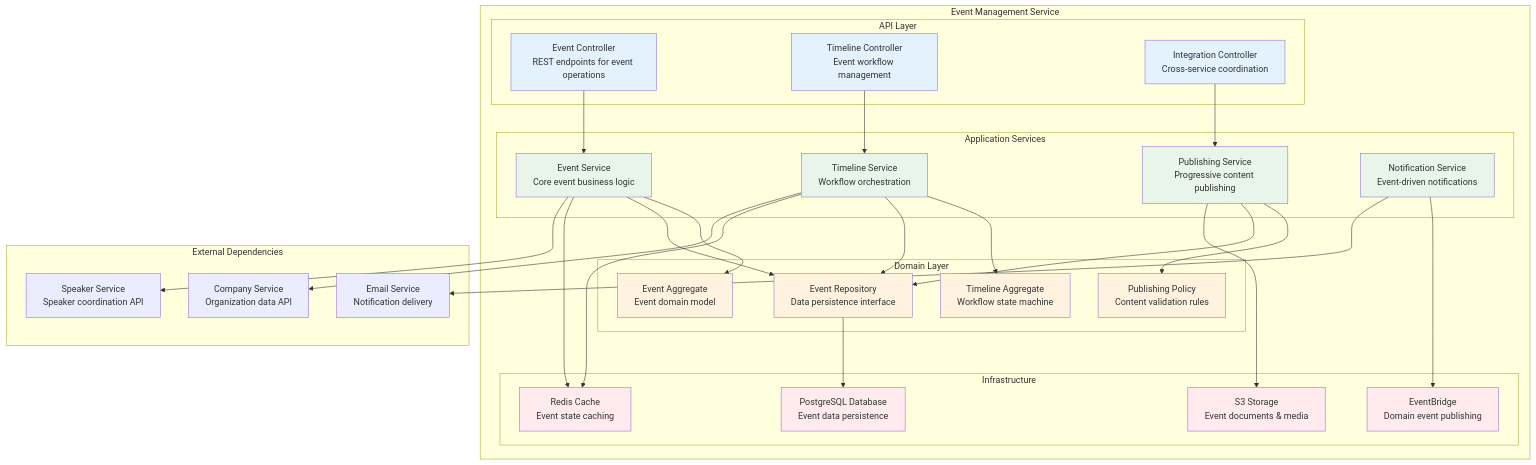
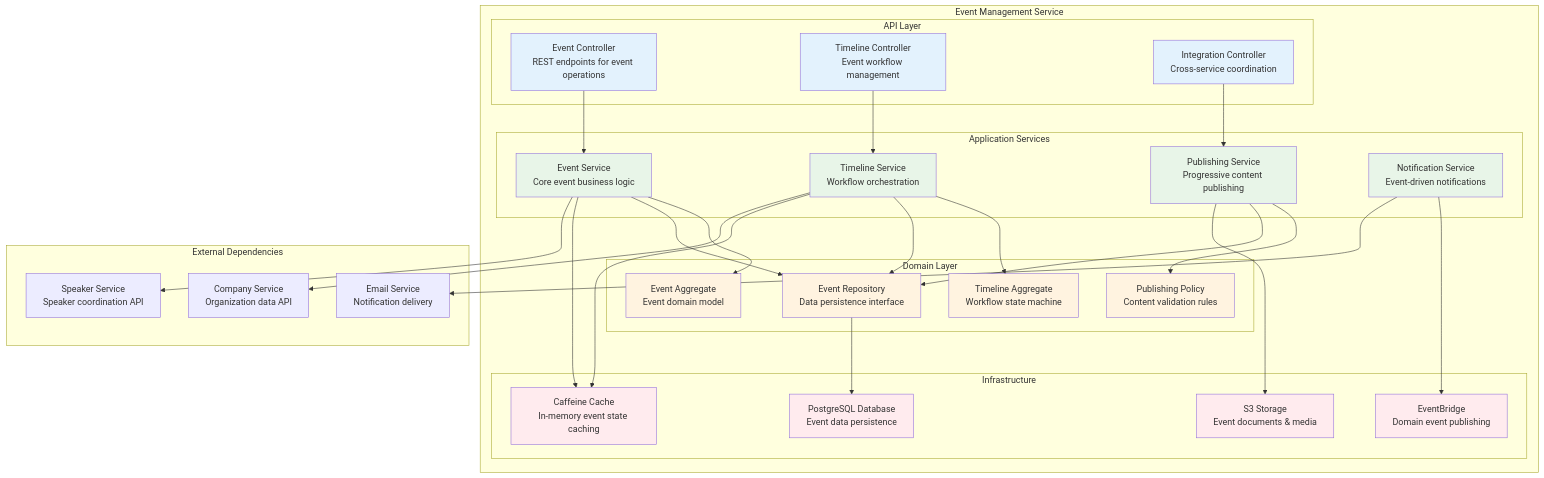
The third of 3 diagrams in docs/architecture/01-system-overview.md (nissimbuchs/BATbern2), drawn with Mermaid before and after one commit. The commit also changed 16 other files, not shown here.

First line of the commit message:
docs(architecture): migrate from Redis ElastiCache to Caffeine in-memory caching

````diff
--- a/docs/architecture/01-system-overview.md
+++ b/docs/architecture/01-system-overview.md
@@ -220,75 +220,75 @@
 ```mermaid
 graph TB
     subgraph "Event Management Service"
         subgraph "API Layer"
             A[Event Controller<br/>REST endpoints for event operations]
             B[Timeline Controller<br/>Event workflow management]
             C[Integration Controller<br/>Cross-service coordination]
         end
 
         subgraph "Application Services"
             D[Event Service<br/>Core event business logic]
             E[Timeline Service<br/>Workflow orchestration]
             F[Publishing Service<br/>Progressive content publishing]
             G[Notification Service<br/>Event-driven notifications]
         end
 
         subgraph "Domain Layer"
             H[Event Aggregate<br/>Event domain model]
             I[Timeline Aggregate<br/>Workflow state machine]
             J[Publishing Policy<br/>Content validation rules]
             K[Event Repository<br/>Data persistence interface]
         end
 
         subgraph "Infrastructure"
             L[PostgreSQL Database<br/>Event data persistence]
-            M[Redis Cache<br/>Event state caching]
+            M[Caffeine Cache<br/>In-memory event state caching]
             N[S3 Storage<br/>Event documents & media]
             O[EventBridge<br/>Domain event publishing]
         end
     end
 
     subgraph "External Dependencies"
         P[Speaker Service<br/>Speaker coordination API]
         Q[Company Service<br/>Organization data API]
         R[Email Service<br/>Notification delivery]
     end
 
     A --> D
     B --> E
     C --> F
 
     D --> H
     E --> I
     F --> J
 
     D --> K
     E --> K
     F --> K
 
     K --> L
     D --> M
     E --> M
     F --> N
     G --> O
 
     D --> P
     E --> Q
     G --> R
 
     style A fill:#e3f2fd
     style B fill:#e3f2fd
     style C fill:#e3f2fd
     style D fill:#e8f5e8
     style E fill:#e8f5e8
     style F fill:#e8f5e8
     style G fill:#e8f5e8
     style H fill:#fff3e0
     style I fill:#fff3e0
     style J fill:#fff3e0
     style K fill:#fff3e0
     style L fill:#ffebee
     style M fill:#ffebee
     style N fill:#ffebee
     style O fill:#ffebee
 ```
````
